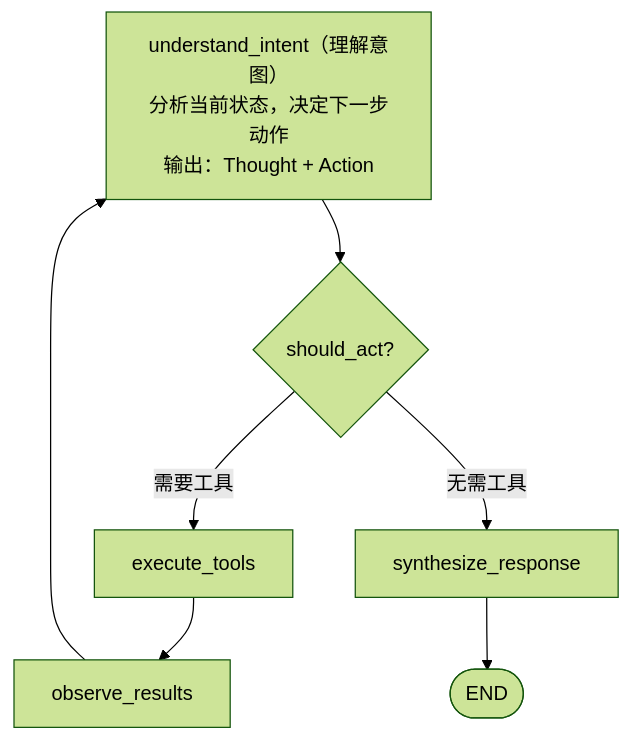
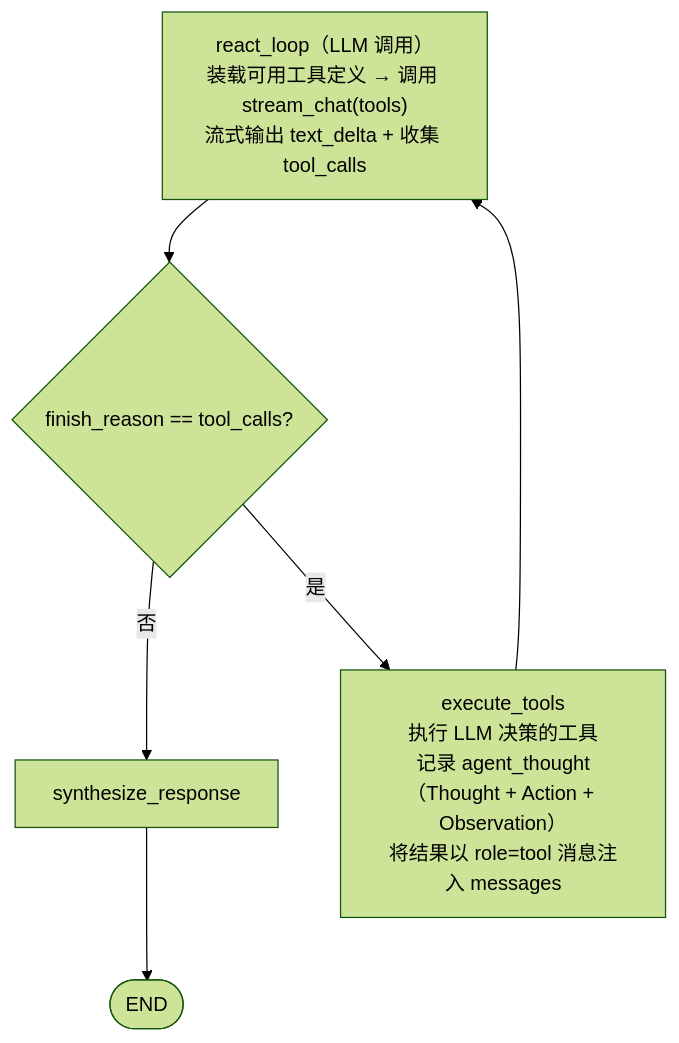
One commit to earthy-zinc/dehaze-system changed the third of 6 diagrams in dehaze-doc/docs/03-模块设计/核心模块/AI对话/后端实现-多步推理.md. Above: the diagram before and after it, drawn with Mermaid (forest theme). The commit also changed other lines of this file and 126 other files, not shown here.

````diff
--- a/dehaze-doc/docs/03-模块设计/核心模块/AI对话/后端实现-多步推理.md
+++ b/dehaze-doc/docs/03-模块设计/核心模块/AI对话/后端实现-多步推理.md
@@ -79,6 +138,6 @@
 ```mermaid
 flowchart TD
-    A["understand_intent（理解意图）<br/>分析当前状态，决定下一步动作<br/>输出：Thought + Action"] --> B{"should_act?"}
-    B -->|需要工具| C["execute_tools"] --> D["observe_results"] --> A
-    B -->|无需工具| E["synthesize_response"] --> END([END])
+    A["react_loop（LLM 调用）<br/>装载可用工具定义 → 调用 stream_chat(tools)<br/>流式输出 text_delta + 收集 tool_calls"] --> B{"finish_reason == tool_calls?"}
+    B -->|否| E["synthesize_response"] --> END([END])
+    B -->|是| C["execute_tools<br/>执行 LLM 决策的工具<br/>记录 agent_thought（Thought + Action + Observation）<br/>将结果以 role=tool 消息注入 messages"] --> A
 ```
````
